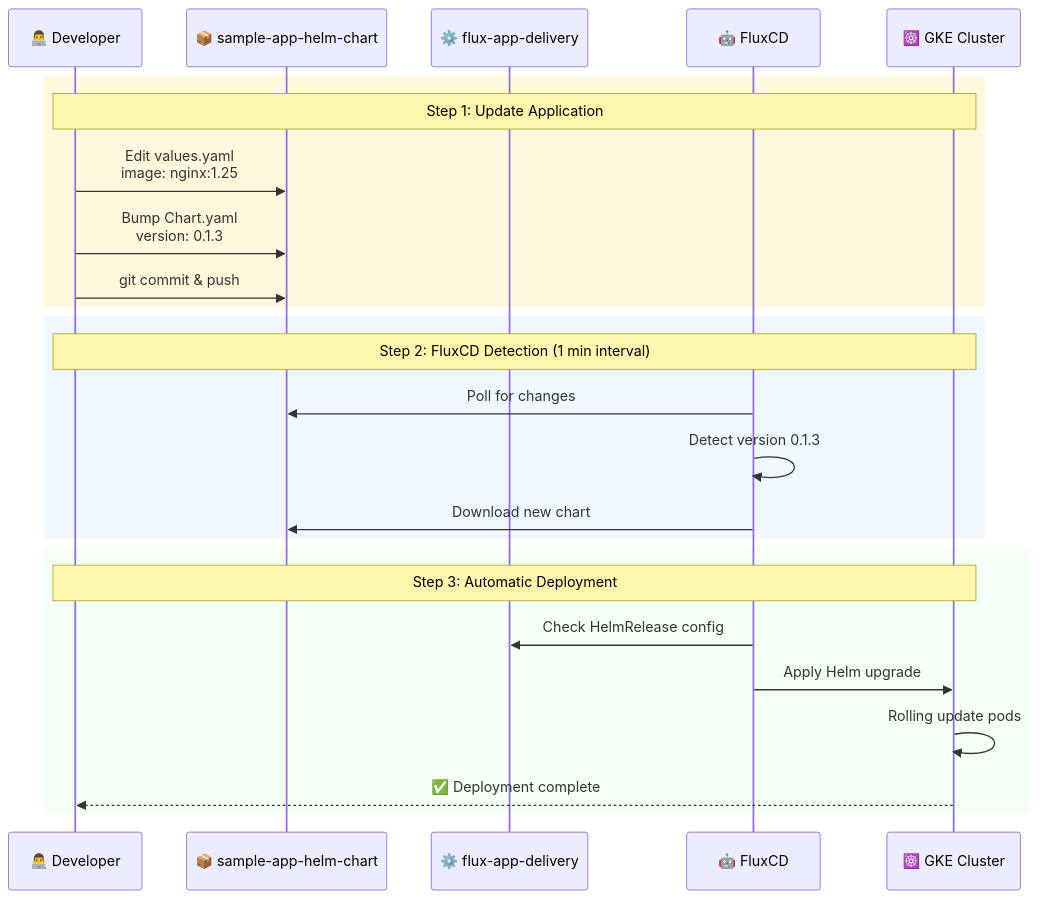
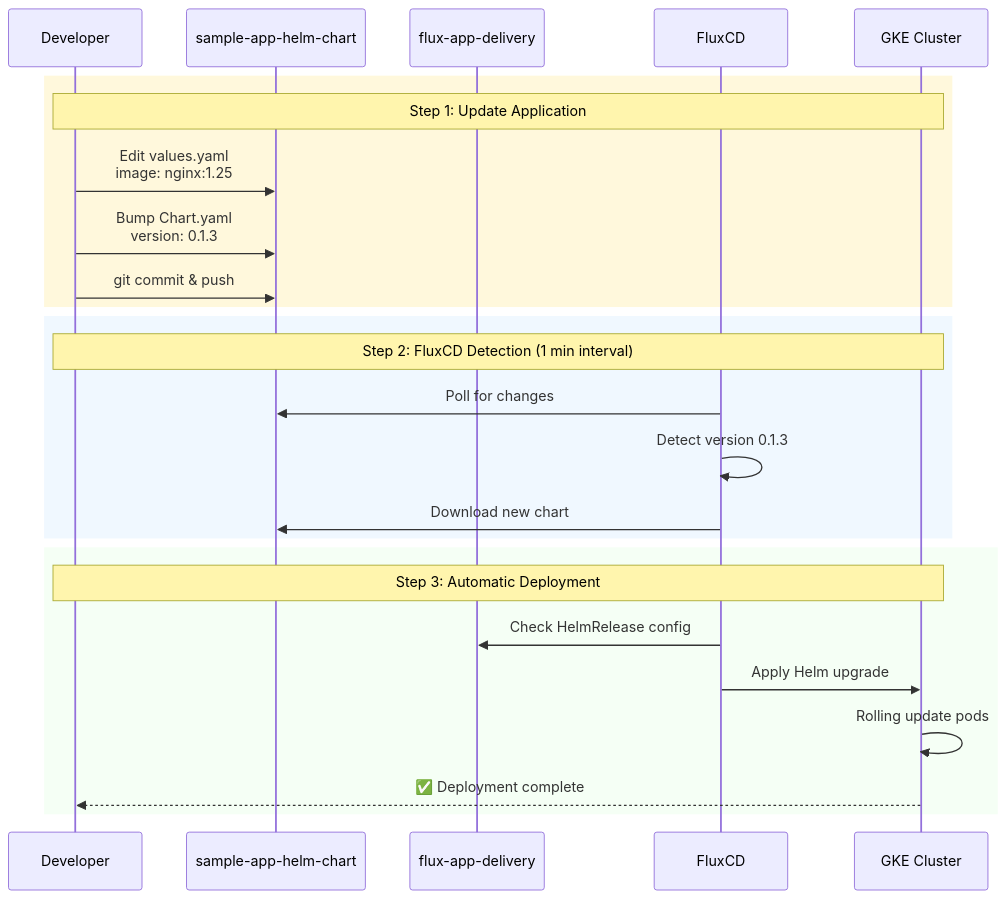
Before and after one commit to paraskanwarit/fluxcd-gitops: the second of 3 diagrams in demo-diagrams/repository-architecture.md, drawn with Mermaid. The commit also changed other lines of this file and 4 other files, not shown here.

````diff
--- a/demo-diagrams/repository-architecture.md
+++ b/demo-diagrams/repository-architecture.md
@@ -93,30 +93,30 @@
 ```mermaid
 sequenceDiagram
-    participant Dev as 👨‍💻 Developer
-    participant Helm as 📦 sample-app-helm-chart
-    participant Flux as ⚙️ flux-app-delivery
-    participant FluxCD as 🤖 FluxCD
-    participant K8s as ☸️ GKE Cluster
+    participant Dev as Developer
+    participant Helm as sample-app-helm-chart
+    participant Flux as flux-app-delivery
+    participant FluxCD as FluxCD
+    participant K8s as GKE Cluster
     
     rect rgb(255, 248, 220)
         Note over Dev,K8s: Step 1: Update Application
         Dev->>Helm: Edit values.yaml<br/>image: nginx:1.25
         Dev->>Helm: Bump Chart.yaml<br/>version: 0.1.3
         Dev->>Helm: git commit & push
     end
     
     rect rgb(240, 248, 255)
         Note over Dev,K8s: Step 2: FluxCD Detection (1 min interval)
         FluxCD->>Helm: Poll for changes
         FluxCD->>FluxCD: Detect version 0.1.3
         FluxCD->>Helm: Download new chart
     end
     
     rect rgb(245, 255, 245)
         Note over Dev,K8s: Step 3: Automatic Deployment
         FluxCD->>Flux: Check HelmRelease config
         FluxCD->>K8s: Apply Helm upgrade
         K8s->>K8s: Rolling update pods
         K8s-->>Dev: ✅ Deployment complete
     end
 ```
````
